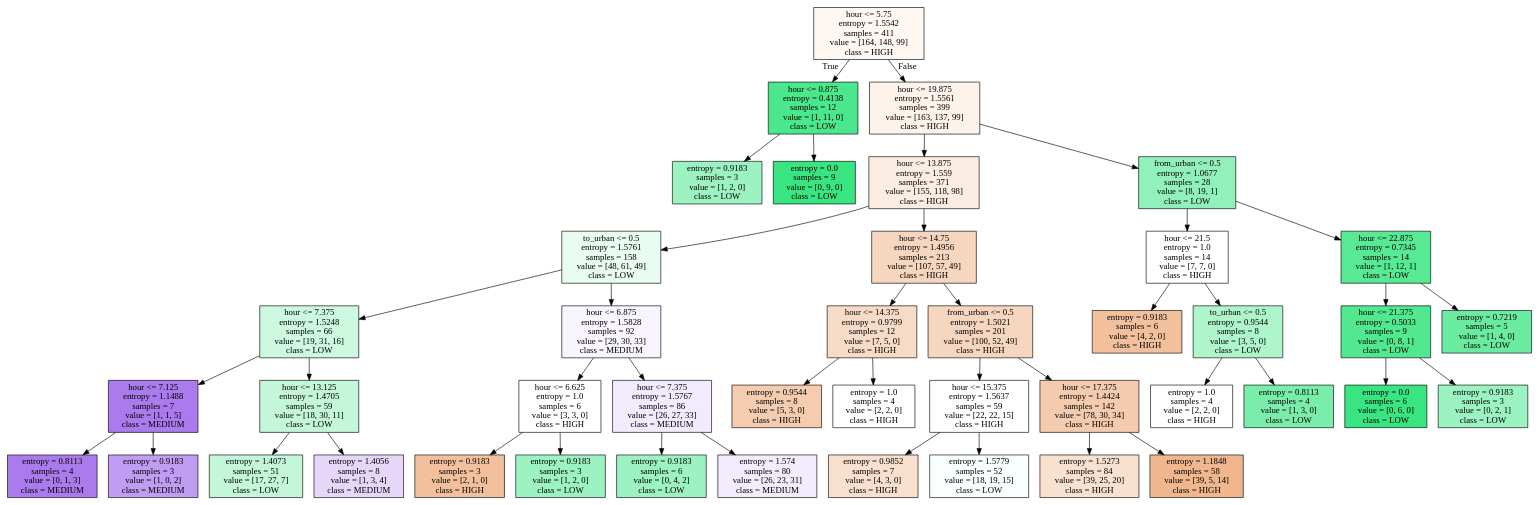
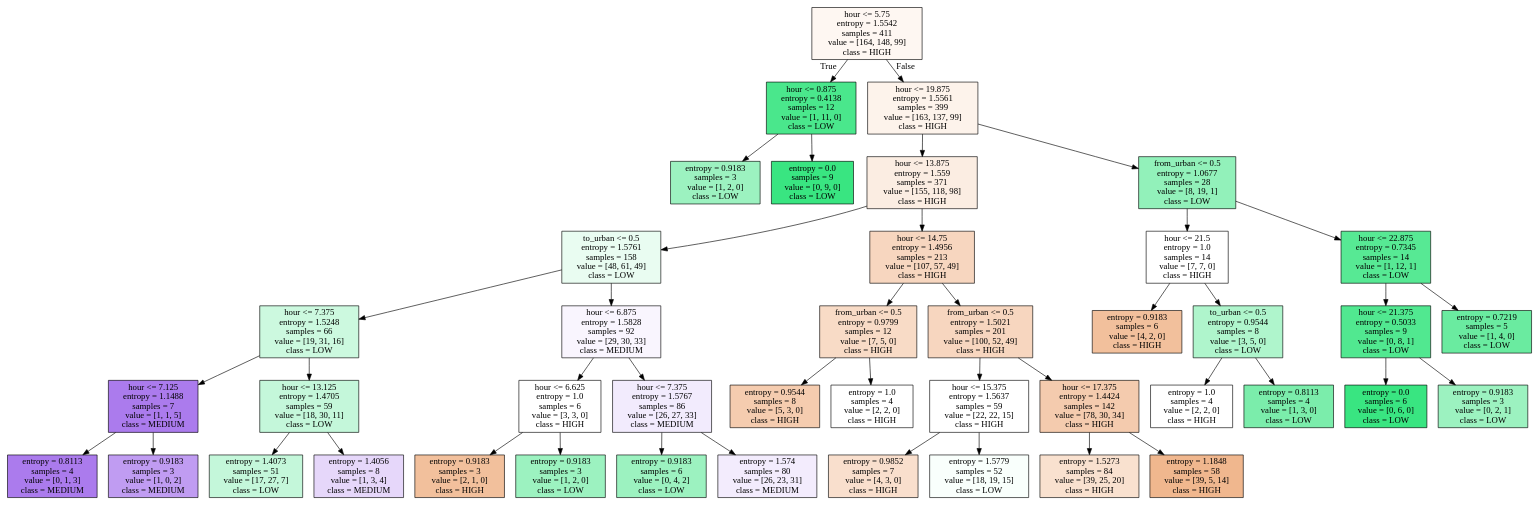
The diagram in FRIDAY_iris.dot (alexdaube/BelgianTrainsOccupancy), drawn with Graphviz before and after one commit. The commit also changed 13 other files, not shown here.

```diff
--- a/FRIDAY_iris.dot
+++ b/FRIDAY_iris.dot
@@ -1,88 +1,88 @@
 digraph Tree {
 node [shape=box, style="filled", color="black"] ;
 0 [label="hour <= 5.75\nentropy = 1.5542\nsamples = 411\nvalue = [164, 148, 99]\nclass = HIGH", fillcolor="#e5813910"] ;
 1 [label="hour <= 0.875\nentropy = 0.4138\nsamples = 12\nvalue = [1, 11, 0]\nclass = LOW", fillcolor="#39e581e8"] ;
 0 -> 1 [labeldistance=2.5, labelangle=45, headlabel="True"] ;
 2 [label="entropy = 0.9183\nsamples = 3\nvalue = [1, 2, 0]\nclass = LOW", fillcolor="#39e5817f"] ;
 1 -> 2 ;
 3 [label="entropy = 0.0\nsamples = 9\nvalue = [0, 9, 0]\nclass = LOW", fillcolor="#39e581ff"] ;
 1 -> 3 ;
 4 [label="hour <= 19.875\nentropy = 1.5561\nsamples = 399\nvalue = [163, 137, 99]\nclass = HIGH", fillcolor="#e5813919"] ;
 0 -> 4 [labeldistance=2.5, labelangle=-45, headlabel="False"] ;
 5 [label="hour <= 13.875\nentropy = 1.559\nsamples = 371\nvalue = [155, 118, 98]\nclass = HIGH", fillcolor="#e5813925"] ;
 4 -> 5 ;
 6 [label="to_urban <= 0.5\nentropy = 1.5761\nsamples = 158\nvalue = [48, 61, 49]\nclass = LOW", fillcolor="#39e5811c"] ;
 5 -> 6 ;
 7 [label="hour <= 7.375\nentropy = 1.5248\nsamples = 66\nvalue = [19, 31, 16]\nclass = LOW", fillcolor="#39e58141"] ;
 6 -> 7 ;
 8 [label="hour <= 7.125\nentropy = 1.1488\nsamples = 7\nvalue = [1, 1, 5]\nclass = MEDIUM", fillcolor="#8139e5aa"] ;
 7 -> 8 ;
 9 [label="entropy = 0.8113\nsamples = 4\nvalue = [0, 1, 3]\nclass = MEDIUM", fillcolor="#8139e5aa"] ;
 8 -> 9 ;
 10 [label="entropy = 0.9183\nsamples = 3\nvalue = [1, 0, 2]\nclass = MEDIUM", fillcolor="#8139e57f"] ;
 8 -> 10 ;
 11 [label="hour <= 13.125\nentropy = 1.4705\nsamples = 59\nvalue = [18, 30, 11]\nclass = LOW", fillcolor="#39e5814b"] ;
 7 -> 11 ;
 12 [label="entropy = 1.4073\nsamples = 51\nvalue = [17, 27, 7]\nclass = LOW", fillcolor="#39e5814b"] ;
 11 -> 12 ;
 13 [label="entropy = 1.4056\nsamples = 8\nvalue = [1, 3, 4]\nclass = MEDIUM", fillcolor="#8139e533"] ;
 11 -> 13 ;
 14 [label="hour <= 6.875\nentropy = 1.5828\nsamples = 92\nvalue = [29, 30, 33]\nclass = MEDIUM", fillcolor="#8139e50c"] ;
 6 -> 14 ;
 15 [label="hour <= 6.625\nentropy = 1.0\nsamples = 6\nvalue = [3, 3, 0]\nclass = HIGH", fillcolor="#e5813900"] ;
 14 -> 15 ;
 16 [label="entropy = 0.9183\nsamples = 3\nvalue = [2, 1, 0]\nclass = HIGH", fillcolor="#e581397f"] ;
 15 -> 16 ;
 17 [label="entropy = 0.9183\nsamples = 3\nvalue = [1, 2, 0]\nclass = LOW", fillcolor="#39e5817f"] ;
 15 -> 17 ;
 18 [label="hour <= 7.375\nentropy = 1.5767\nsamples = 86\nvalue = [26, 27, 33]\nclass = MEDIUM", fillcolor="#8139e51a"] ;
 14 -> 18 ;
 19 [label="entropy = 0.9183\nsamples = 6\nvalue = [0, 4, 2]\nclass = LOW", fillcolor="#39e5817f"] ;
 18 -> 19 ;
 20 [label="entropy = 1.574\nsamples = 80\nvalue = [26, 23, 31]\nclass = MEDIUM", fillcolor="#8139e518"] ;
 18 -> 20 ;
 21 [label="hour <= 14.75\nentropy = 1.4956\nsamples = 213\nvalue = [107, 57, 49]\nclass = HIGH", fillcolor="#e5813952"] ;
 5 -> 21 ;
-22 [label="hour <= 14.375\nentropy = 0.9799\nsamples = 12\nvalue = [7, 5, 0]\nclass = HIGH", fillcolor="#e5813949"] ;
+22 [label="from_urban <= 0.5\nentropy = 0.9799\nsamples = 12\nvalue = [7, 5, 0]\nclass = HIGH", fillcolor="#e5813949"] ;
 21 -> 22 ;
 23 [label="entropy = 0.9544\nsamples = 8\nvalue = [5, 3, 0]\nclass = HIGH", fillcolor="#e5813966"] ;
 22 -> 23 ;
 24 [label="entropy = 1.0\nsamples = 4\nvalue = [2, 2, 0]\nclass = HIGH", fillcolor="#e5813900"] ;
 22 -> 24 ;
 25 [label="from_urban <= 0.5\nentropy = 1.5021\nsamples = 201\nvalue = [100, 52, 49]\nclass = HIGH", fillcolor="#e5813952"] ;
 21 -> 25 ;
 26 [label="hour <= 15.375\nentropy = 1.5637\nsamples = 59\nvalue = [22, 22, 15]\nclass = HIGH", fillcolor="#e5813900"] ;
 25 -> 26 ;
 27 [label="entropy = 0.9852\nsamples = 7\nvalue = [4, 3, 0]\nclass = HIGH", fillcolor="#e5813940"] ;
 26 -> 27 ;
 28 [label="entropy = 1.5779\nsamples = 52\nvalue = [18, 19, 15]\nclass = LOW", fillcolor="#39e58107"] ;
 26 -> 28 ;
 29 [label="hour <= 17.375\nentropy = 1.4424\nsamples = 142\nvalue = [78, 30, 34]\nclass = HIGH", fillcolor="#e5813968"] ;
 25 -> 29 ;
 30 [label="entropy = 1.5273\nsamples = 84\nvalue = [39, 25, 20]\nclass = HIGH", fillcolor="#e581393d"] ;
 29 -> 30 ;
 31 [label="entropy = 1.1848\nsamples = 58\nvalue = [39, 5, 14]\nclass = HIGH", fillcolor="#e5813991"] ;
 29 -> 31 ;
 32 [label="from_urban <= 0.5\nentropy = 1.0677\nsamples = 28\nvalue = [8, 19, 1]\nclass = LOW", fillcolor="#39e5818c"] ;
 4 -> 32 ;
 33 [label="hour <= 21.5\nentropy = 1.0\nsamples = 14\nvalue = [7, 7, 0]\nclass = HIGH", fillcolor="#e5813900"] ;
 32 -> 33 ;
 34 [label="entropy = 0.9183\nsamples = 6\nvalue = [4, 2, 0]\nclass = HIGH", fillcolor="#e581397f"] ;
 33 -> 34 ;
 35 [label="to_urban <= 0.5\nentropy = 0.9544\nsamples = 8\nvalue = [3, 5, 0]\nclass = LOW", fillcolor="#39e58166"] ;
 33 -> 35 ;
 36 [label="entropy = 1.0\nsamples = 4\nvalue = [2, 2, 0]\nclass = HIGH", fillcolor="#e5813900"] ;
 35 -> 36 ;
 37 [label="entropy = 0.8113\nsamples = 4\nvalue = [1, 3, 0]\nclass = LOW", fillcolor="#39e581aa"] ;
 35 -> 37 ;
 38 [label="hour <= 22.875\nentropy = 0.7345\nsamples = 14\nvalue = [1, 12, 1]\nclass = LOW", fillcolor="#39e581d8"] ;
 32 -> 38 ;
 39 [label="hour <= 21.375\nentropy = 0.5033\nsamples = 9\nvalue = [0, 8, 1]\nclass = LOW", fillcolor="#39e581df"] ;
 38 -> 39 ;
 40 [label="entropy = 0.0\nsamples = 6\nvalue = [0, 6, 0]\nclass = LOW", fillcolor="#39e581ff"] ;
 39 -> 40 ;
 41 [label="entropy = 0.9183\nsamples = 3\nvalue = [0, 2, 1]\nclass = LOW", fillcolor="#39e5817f"] ;
 39 -> 41 ;
 42 [label="entropy = 0.7219\nsamples = 5\nvalue = [1, 4, 0]\nclass = LOW", fillcolor="#39e581bf"] ;
 38 -> 42 ;
 }
```
